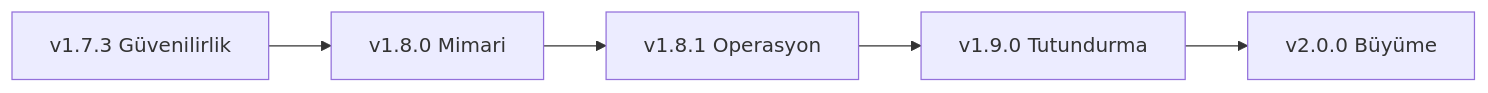
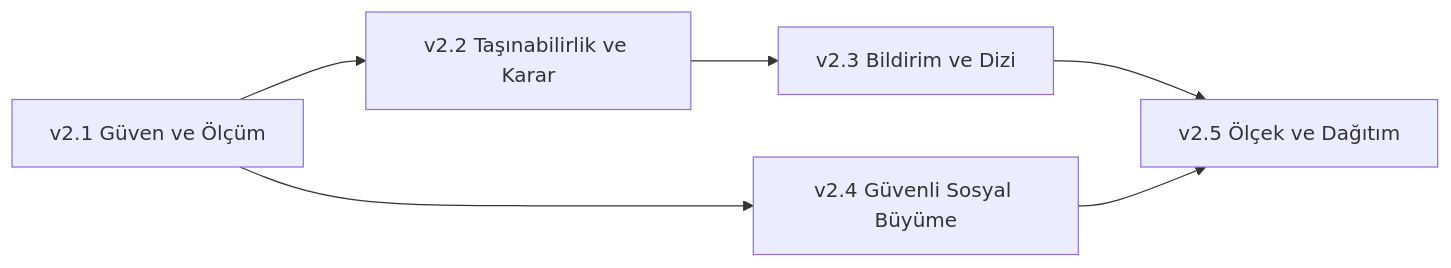
The diagram in docs/planning/ROADMAP.md (Alp3rol/CineFile), drawn with Mermaid before and after one commit. The commit also changed other lines of this file and 22 other files, not shown here.

````diff
--- a/docs/planning/ROADMAP.md
+++ b/docs/planning/ROADMAP.md
@@ -339,7 +324,8 @@
 ```mermaid
 flowchart LR
-    A["v1.7.3 Güvenilirlik"] --> B["v1.8.0 Mimari"]
-    B --> C["v1.8.1 Operasyon"]
-    C --> D["v1.9.0 Tutundurma"]
-    D --> E["v2.0.0 Büyüme"]
+    A["v2.1 Güven ve Ölçüm"] --> B["v2.2 Taşınabilirlik ve Karar"]
+    B --> C["v2.3 Bildirim ve Dizi"]
+    A --> D["v2.4 Güvenli Sosyal Büyüme"]
+    C --> E["v2.5 Ölçek ve Dağıtım"]
+    D --> E
 ```
````
